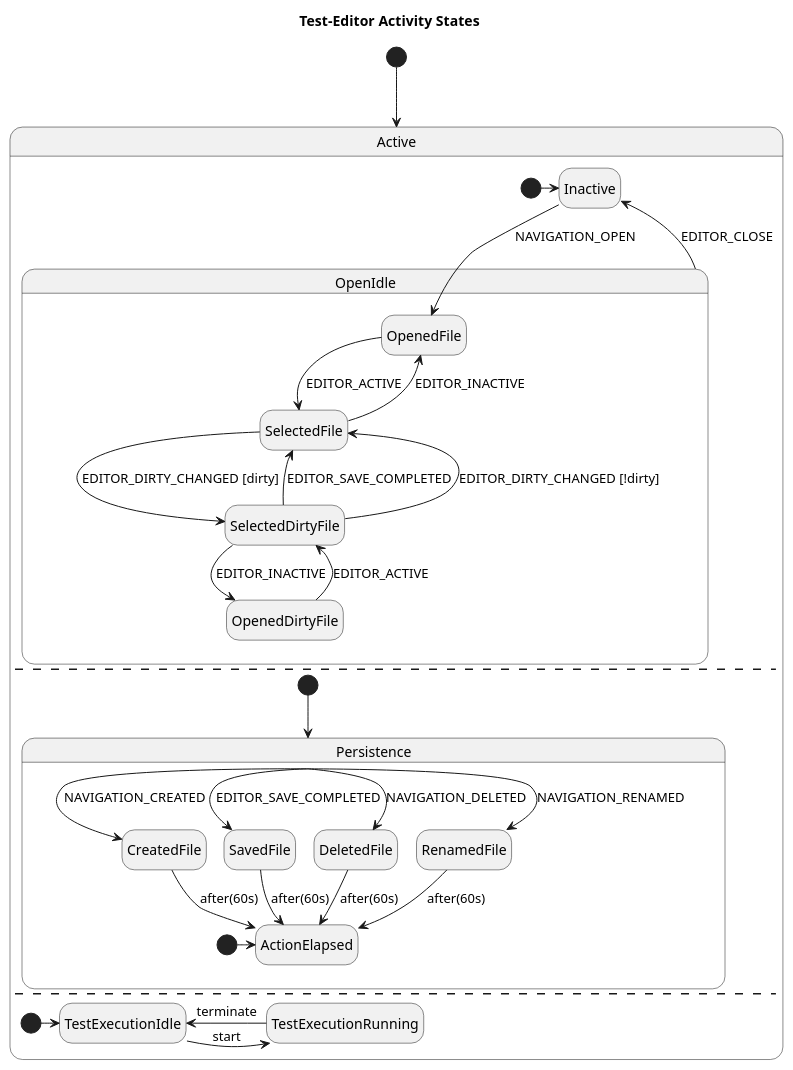
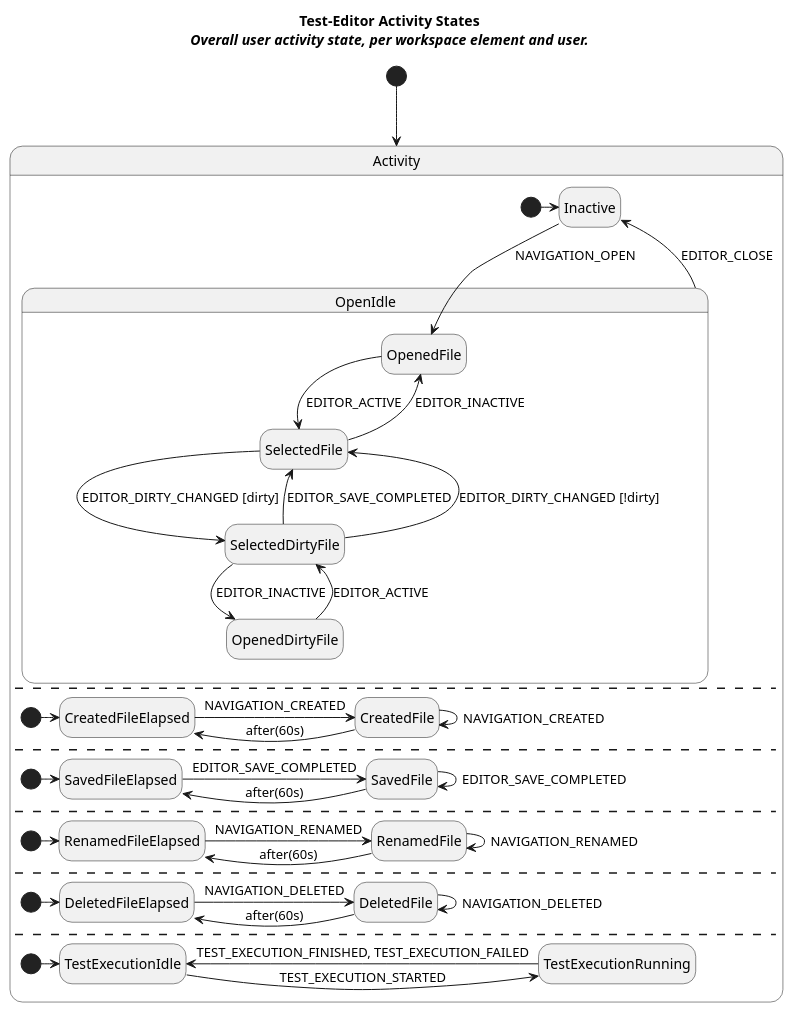
Before and after one commit to test-editor/test-editor-web: the diagram in src/app/user-activity-config/doc/user-activity.plantuml, drawn with PlantUML.

Commit message:
show persistence-related activities as parallel states

```diff
--- a/src/app/user-activity-config/doc/user-activity.plantuml
+++ b/src/app/user-activity-config/doc/user-activity.plantuml
@@ -1,52 +1,62 @@
 @startuml
 
-title Test-Editor Activity States
+title
+**Test-Editor Activity States**
+//Overall user activity state, per workspace element and user.//
+endtitle
 hide empty description
 skinparam Monochrome true
 
-[*] --> Active
-state Active {
+[*] --> Activity
+state Activity {
   [*] -> Inactive
 
   state OpenIdle {
     state OpenedFile
     state OpenedDirtyFile
     state SelectedFile
     state SelectedDirtyFile
   }
 
   Inactive --> OpenedFile : NAVIGATION_OPEN
   OpenIdle --> Inactive : EDITOR_CLOSE
   OpenedFile --> SelectedFile : EDITOR_ACTIVE
   SelectedFile --> OpenedFile : EDITOR_INACTIVE
   OpenedDirtyFile --> SelectedDirtyFile : EDITOR_ACTIVE
   SelectedDirtyFile --> OpenedDirtyFile : EDITOR_INACTIVE
   SelectedDirtyFile --> SelectedFile : EDITOR_SAVE_COMPLETED
   SelectedDirtyFile --> SelectedFile : EDITOR_DIRTY_CHANGED [!dirty]
   SelectedFile --> SelectedDirtyFile : EDITOR_DIRTY_CHANGED [dirty]
 
   ' state TypingIntoFile as "<color: grey>TypingIntoFile"
   ' note bottom of TypingIntoFile : Not implemented
   ' TypingIntoFile -[#grey]-> SelectedDirtyFile : <color: grey>stopTyping
   ' SelectedFile -[#grey]> TypingIntoFile : <color: grey>typing
 
   --
-  [*] --> Persistence
-  state Persistence {
-    [*] -> ActionElapsed
-    Persistence --> CreatedFile : NAVIGATION_CREATED
-    Persistence --> SavedFile : EDITOR_SAVE_COMPLETED
-    Persistence --> DeletedFile : NAVIGATION_DELETED
-    Persistence --> RenamedFile : NAVIGATION_RENAMED
-    CreatedFile --> ActionElapsed : after(60s)
-    SavedFile --> ActionElapsed : after(60s)
-    DeletedFile --> ActionElapsed : after(60s)
-    RenamedFile --> ActionElapsed : after(60s)
-  }
+  [*] -> CreatedFileElapsed
+  CreatedFileElapsed -> CreatedFile : NAVIGATION_CREATED
+  CreatedFile --> CreatedFile : NAVIGATION_CREATED
+  CreatedFile -> CreatedFileElapsed : after(60s)
+  --
+  [*] -> SavedFileElapsed
+  SavedFileElapsed -> SavedFile : EDITOR_SAVE_COMPLETED
+  SavedFile --> SavedFile : EDITOR_SAVE_COMPLETED
+  SavedFile -> SavedFileElapsed : after(60s)
+  --
+  [*] -> RenamedFileElapsed
+  RenamedFileElapsed -> RenamedFile : NAVIGATION_RENAMED
+  RenamedFile --> RenamedFile : NAVIGATION_RENAMED
+  RenamedFile -> RenamedFileElapsed : after(60s)
+  --
+  [*] -> DeletedFileElapsed
+  DeletedFileElapsed -> DeletedFile : NAVIGATION_DELETED
+  DeletedFile --> DeletedFile : NAVIGATION_DELETED
+  DeletedFile -> DeletedFileElapsed : after(60s)
   --
   [*] -> TestExecutionIdle
-  TestExecutionIdle -> TestExecutionRunning: start
-  TestExecutionRunning -> TestExecutionIdle : terminate
+  TestExecutionIdle -> TestExecutionRunning: TEST_EXECUTION_STARTED
+  TestExecutionRunning -> TestExecutionIdle : TEST_EXECUTION_FINISHED, TEST_EXECUTION_FAILED
 }
 
 @enduml
```
